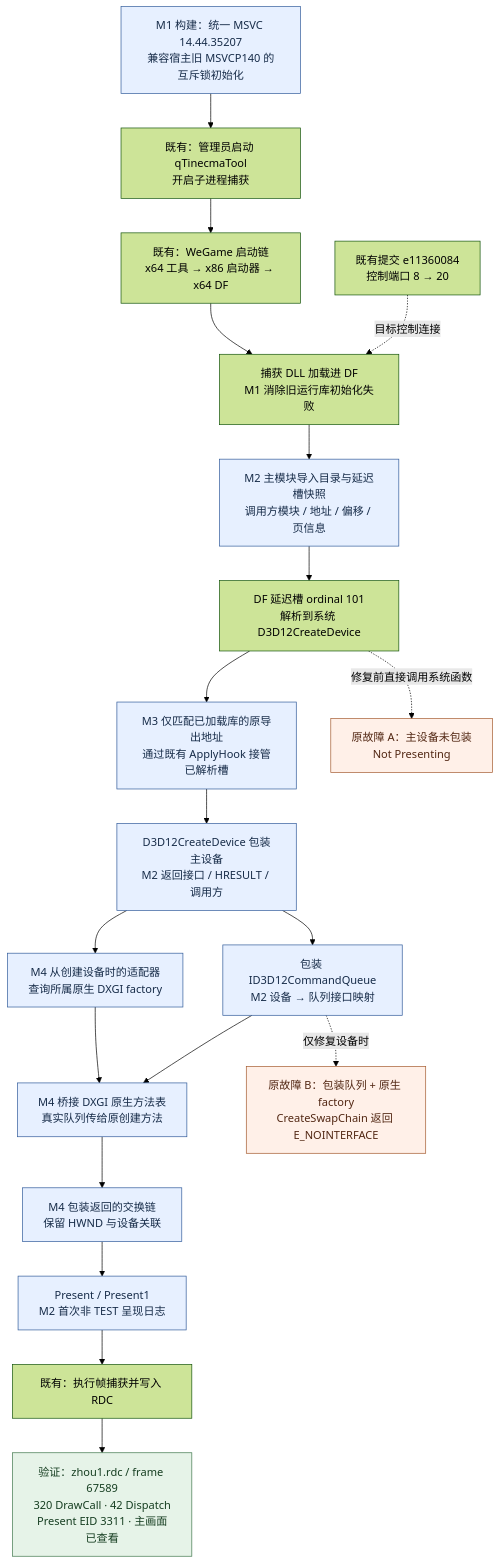
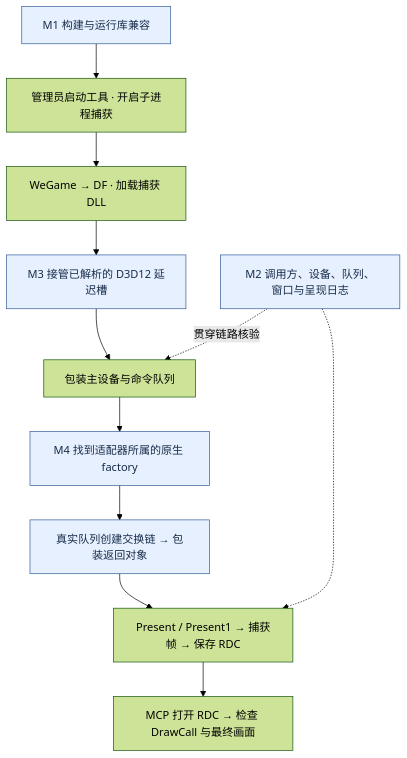
One commit to Tinenc/GraphicsDebugger changed the diagram in docs/DF_正式客户端截帧_实现总结_2026-10-15.md. Above: the diagram before and after it, drawn with Mermaid (forest theme). The commit also changed other lines of this file and 1 other file, not shown here.

Commit message:
Condense DF capture summary to the verified success path

````diff
--- a/docs/DF_正式客户端截帧_实现总结_2026-10-15.md
+++ b/docs/DF_正式客户端截帧_实现总结_2026-10-15.md
@@ -15,33 +13,15 @@
 ```mermaid
 flowchart TB
-  BUILD["M1 构建：统一 MSVC 14.44.35207<br/>兼容宿主旧 MSVCP140 的互斥锁初始化"]
-  GUI["既有：管理员启动 qTinecmaTool<br/>开启子进程捕获"]
-  WG["既有：WeGame 启动链<br/>x64 工具 → x86 启动器 → x64 DF"]
-  DLL["捕获 DLL 加载进 DF<br/>M1 消除旧运行库初始化失败"]
-  SCAN["M2 主模块导入目录与延迟槽快照<br/>调用方模块 / 地址 / 偏移 / 页信息"]
-  SLOT["DF 延迟槽 ordinal 101<br/>解析到系统 D3D12CreateDevice"]
-  FIX["M3 仅匹配已加载库的原导出地址<br/>通过既有 ApplyHook 接管已解析槽"]
-  DEV["D3D12CreateDevice 包装主设备<br/>M2 返回接口 / HRESULT / 调用方"]
-  Q["包装 ID3D12CommandQueue<br/>M2 设备 → 队列接口映射"]
-  PARENT["M4 从创建设备时的适配器<br/>查询所属原生 DXGI factory"]
-  BRIDGE["M4 桥接 DXGI 原生方法表<br/>真实队列传给原创建方法"]
-  SWAP["M4 包装返回的交换链<br/>保留 HWND 与设备关联"]
-  PRESENT["Present / Present1<br/>M2 首次非 TEST 呈现日志"]
-  CAP["既有：执行帧捕获并写入 RDC"]
-  VERIFY["验证：zhou1.rdc / frame 67589<br/>320 DrawCall · 42 Dispatch<br/>Present EID 3311 · 主画面已查看"]
-  OLD1["原故障 A：主设备未包装<br/>Not Presenting"]
-  OLD2["原故障 B：包装队列 + 原生 factory<br/>CreateSwapChain 返回 E_NOINTERFACE"]
-  PORT["既有提交 e11360084<br/>控制端口 8 → 20"]
-  BUILD --> GUI --> WG --> DLL --> SCAN --> SLOT --> FIX --> DEV --> Q
-  DEV --> PARENT --> BRIDGE
-  Q --> BRIDGE --> SWAP --> PRESENT --> CAP --> VERIFY
-  SLOT -. "修复前直接调用系统函数" .-> OLD1
-  Q -. "仅修复设备时" .-> OLD2
-  PORT -. "目标控制连接" .-> DLL
+  A["M1 构建与运行库兼容"] --> B["管理员启动工具 · 开启子进程捕获"]
+  B --> C["WeGame → DF · 加载捕获 DLL"]
+  C --> D["M3 接管已解析的 D3D12 延迟槽"]
+  D --> E["包装主设备与命令队列"]
+  E --> F["M4 找到适配器所属的原生 factory"]
+  F --> G["真实队列创建交换链 → 包装返回对象"]
+  G --> H["Present / Present1 → 捕获帧 → 保存 RDC"]
+  H --> I["MCP 打开 RDC → 检查 DrawCall 与最终画面"]
+  J["M2 调用方、设备、队列、窗口与呈现日志"] -. "贯穿链路核验" .-> E
+  J -.-> H
   classDef changed fill:#e7f0ff,stroke:#315b9a,color:#172c49;
-  classDef failed fill:#fff0e8,stroke:#a45b30,color:#522713;
-  classDef verified fill:#e6f3e8,stroke:#40784d,color:#163e21;
-  class BUILD,SCAN,FIX,DEV,Q,PARENT,BRIDGE,SWAP,PRESENT changed;
-  class OLD1,OLD2 failed;
-  class VERIFY verified;
+  class A,D,F,G,J changed;
 ```
````
